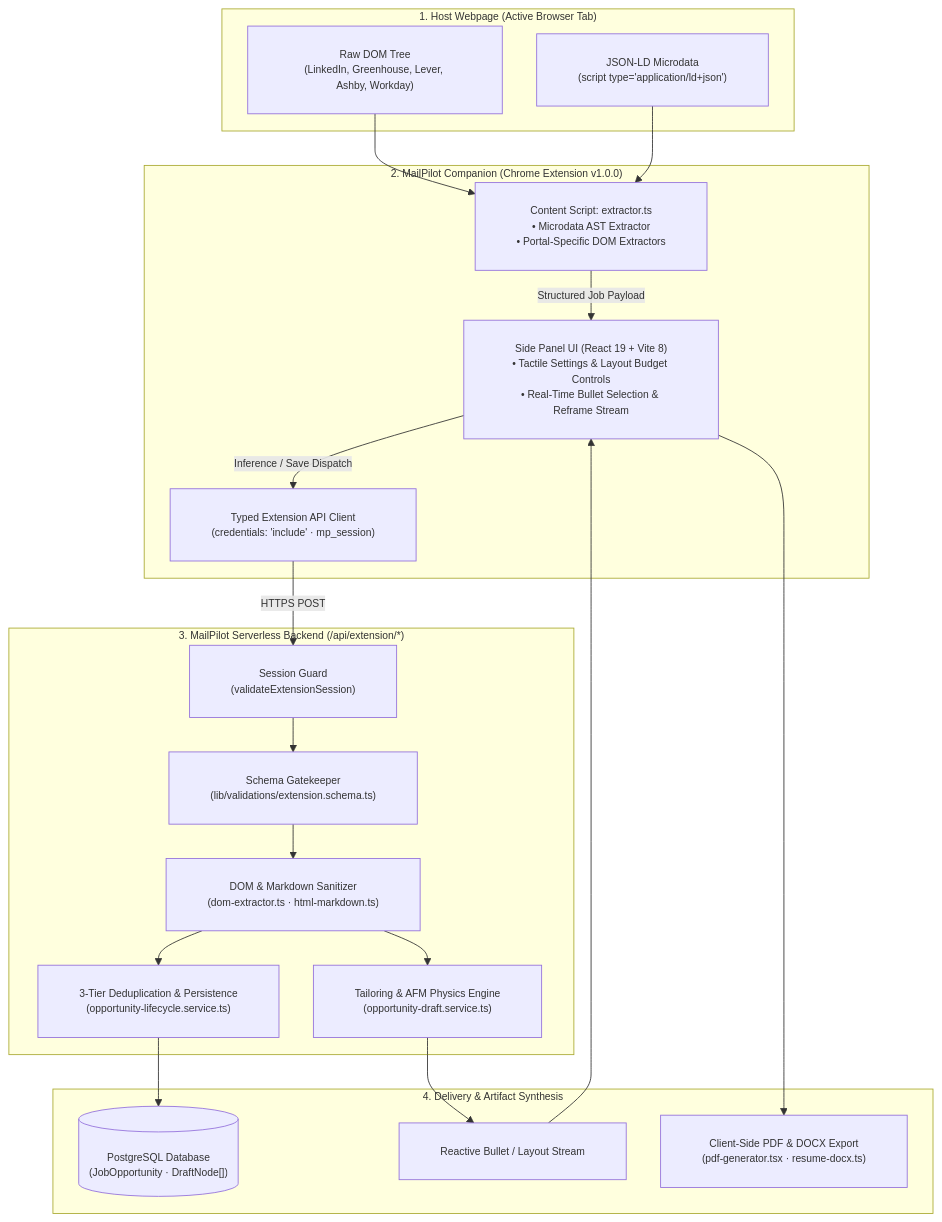
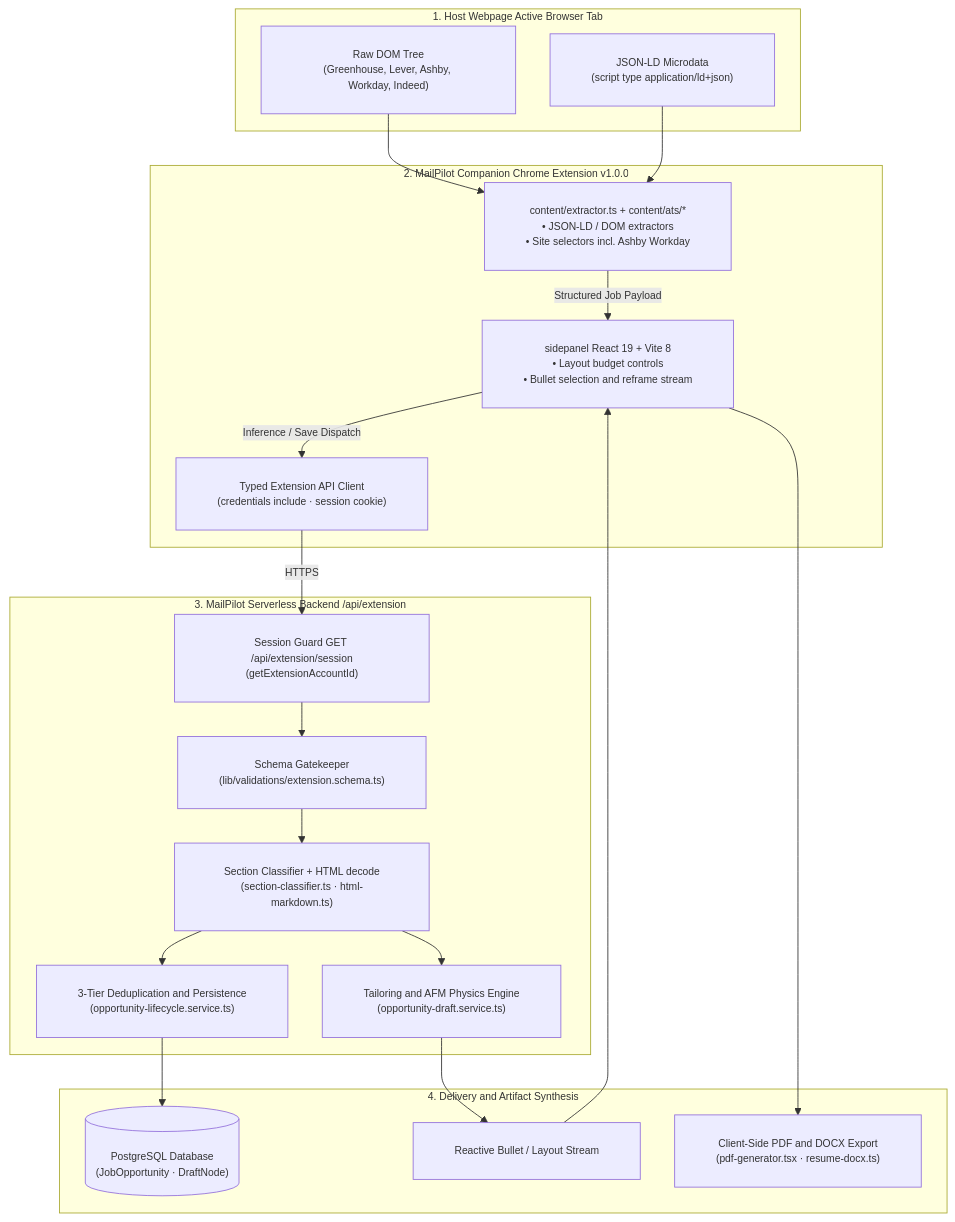
Before and after one commit to Marqlo-C/mailpilot: the fourth of 21 diagrams in README.md, drawn with Mermaid. The commit also changed other lines of this file and 12 other files, not shown here.

````diff
--- a/README.md
+++ b/README.md
@@ -202,43 +223,43 @@
 ```mermaid
 %%{init: {"themeVariables": {"fontSize": "12px", "fontFamily": "-apple-system, BlinkMacSystemFont, Segoe UI, sans-serif"}, "themeCSS": ".edgeLabel foreignObject { overflow: visible !important; } .edgeLabel span { padding: 0 4px; }", "flowchart": {"padding": 24, "nodeSpacing": 40, "rankSpacing": 40}}}%%
 flowchart TD
-  subgraph BrowserTab["1. Host Webpage (Active Browser Tab)"]
-    DOM["Raw DOM Tree<br/>(LinkedIn, Greenhouse, Lever, Ashby, Workday)"]
-    JSONLD["JSON-LD Microdata<br/>(script type='application/ld+json')"]
+  subgraph BrowserTab["1. Host Webpage Active Browser Tab"]
+    DOM["Raw DOM Tree<br/>(Greenhouse, Lever, Ashby, Workday, Indeed)"]
+    JSONLD["JSON-LD Microdata<br/>(script type application/ld+json)"]
   end
 
-  subgraph Companion["2. MailPilot Companion (Chrome Extension v1.0.0)"]
-    CS["Content Script: extractor.ts<br/>• Microdata AST Extractor<br/>• Portal-Specific DOM Extractors"]
-    SP["Side Panel UI (React 19 + Vite 8)<br/>• Tactile Settings & Layout Budget Controls<br/>• Real-Time Bullet Selection & Reframe Stream"]
-    CLIENT["Typed Extension API Client<br/>(credentials: 'include' · mp_session)"]
+  subgraph Companion["2. MailPilot Companion Chrome Extension v1.0.0"]
+    CS["content/extractor.ts + content/ats/*<br/>• JSON-LD / DOM extractors<br/>• Site selectors incl. Ashby Workday"]
+    SP["sidepanel React 19 + Vite 8<br/>• Layout budget controls<br/>• Bullet selection and reframe stream"]
+    CLIENT["Typed Extension API Client<br/>(credentials include · session cookie)"]
 
     DOM & JSONLD --> CS
     CS -->|"Structured Job Payload"| SP
     SP -->|"Inference / Save Dispatch"| CLIENT
   end
 
-  subgraph NextApp["3. MailPilot Serverless Backend (/api/extension/*)"]
-    AUTH["Session Guard<br/>(validateExtensionSession)"]
+  subgraph NextApp["3. MailPilot Serverless Backend /api/extension"]
+    AUTH["Session Guard GET /api/extension/session<br/>(getExtensionAccountId)"]
     ZOD["Schema Gatekeeper<br/>(lib/validations/extension.schema.ts)"]
-    SANITIZER["DOM & Markdown Sanitizer<br/>(dom-extractor.ts · html-markdown.ts)"]
-    DEDUP["3-Tier Deduplication & Persistence<br/>(opportunity-lifecycle.service.ts)"]
-    TAILOR["Tailoring & AFM Physics Engine<br/>(opportunity-draft.service.ts)"]
+    STRUCT["Section Classifier + HTML decode<br/>(section-classifier.ts · html-markdown.ts)"]
+    DEDUP["3-Tier Deduplication and Persistence<br/>(opportunity-lifecycle.service.ts)"]
+    TAILOR["Tailoring and AFM Physics Engine<br/>(opportunity-draft.service.ts)"]
 
-    CLIENT -->|"HTTPS POST"| AUTH
+    CLIENT -->|"HTTPS"| AUTH
     AUTH --> ZOD
-    ZOD --> SANITIZER
-    SANITIZER --> DEDUP
-    SANITIZER --> TAILOR
+    ZOD --> STRUCT
+    STRUCT --> DEDUP
+    STRUCT --> TAILOR
   end
 
-  subgraph Output["4. Delivery & Artifact Synthesis"]
-    DB[("PostgreSQL Database<br/>(JobOpportunity · DraftNode[])")]
+  subgraph Output["4. Delivery and Artifact Synthesis"]
+    DB[("PostgreSQL Database<br/>(JobOpportunity · DraftNode)")]
     STREAM["Reactive Bullet / Layout Stream"]
-    EXPORTERS["Client-Side PDF & DOCX Export<br/>(pdf-generator.tsx · resume-docx.ts)"]
+    EXPORTERS["Client-Side PDF and DOCX Export<br/>(pdf-generator.tsx · resume-docx.ts)"]
 
     DEDUP --> DB
     TAILOR --> STREAM
     STREAM --> SP
     SP --> EXPORTERS
   end
 ```
````
